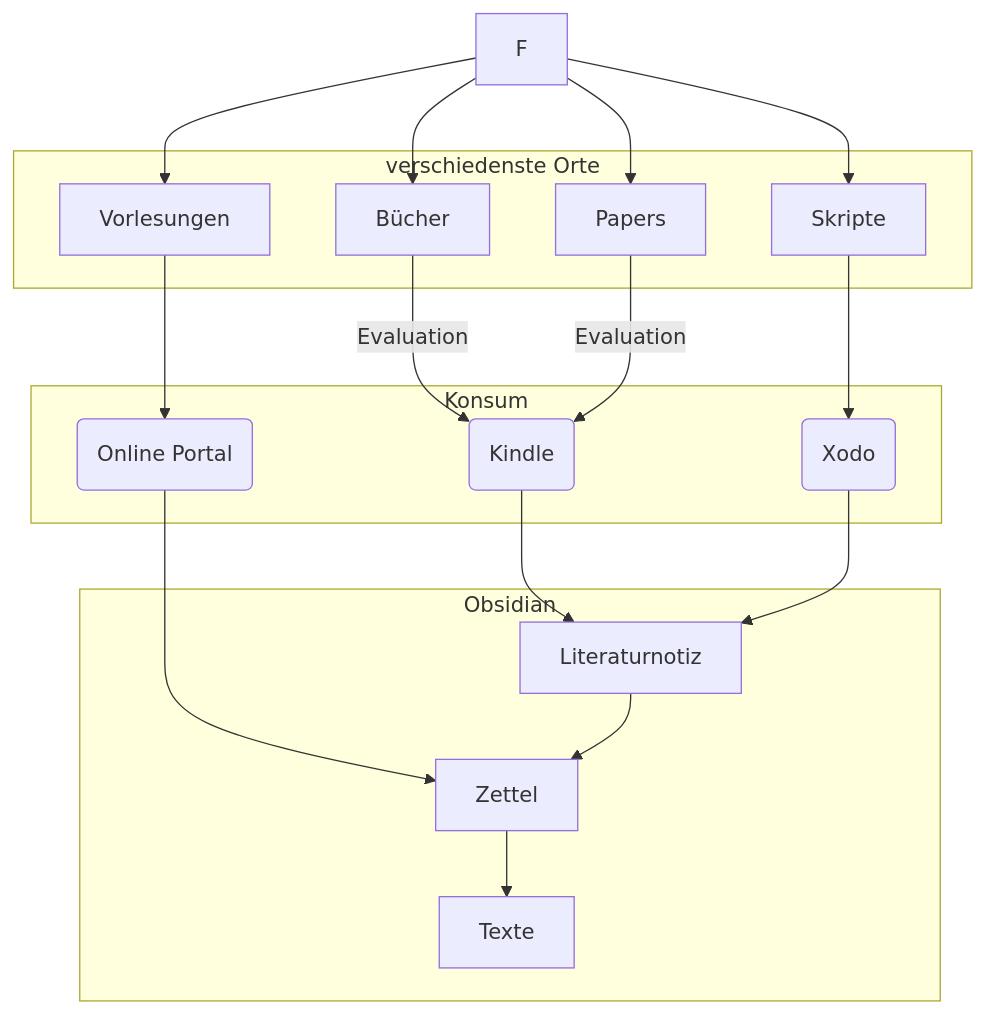
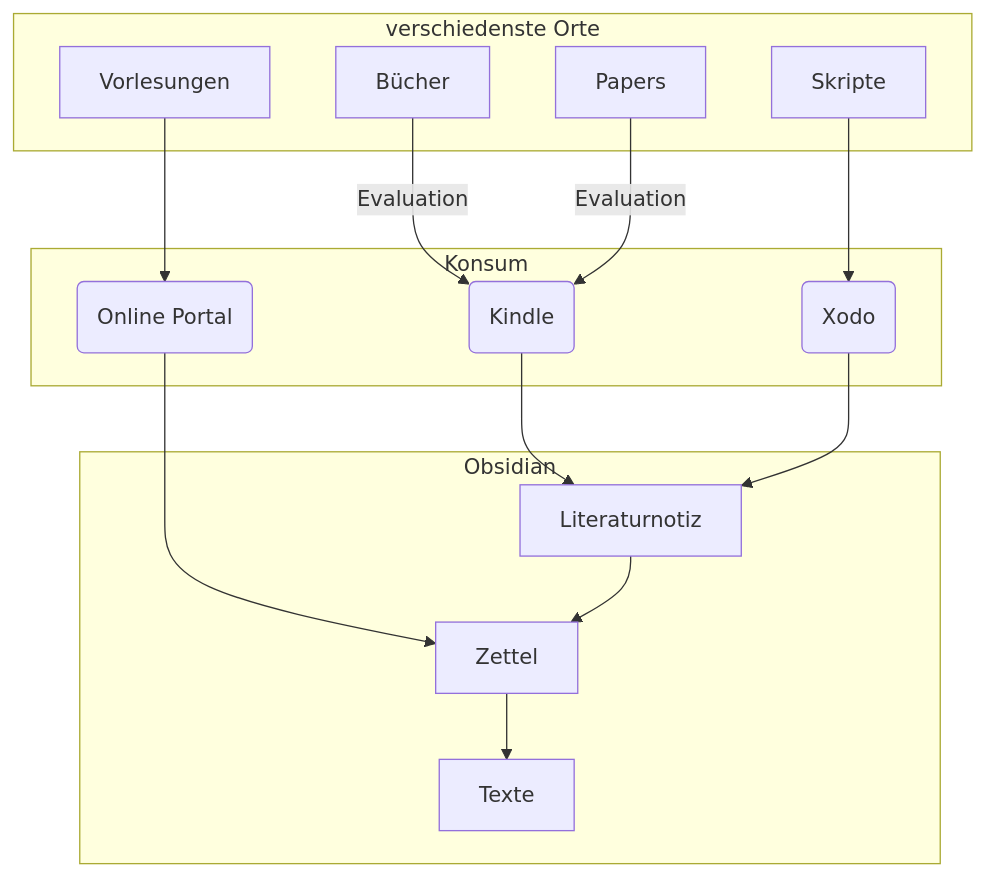
Before and after one commit to julianstoerig/zettelkasten: the diagram in System/Informationsverarbeitung.md, drawn with Mermaid. The commit also changed 1 other file, not shown here.

Commit message:
automatic version-control: 2021-01-11 23:47:54

````diff
--- a/System/Informationsverarbeitung.md
+++ b/System/Informationsverarbeitung.md
@@ -1,44 +1,42 @@
 ```mermaid
 flowchart TB;
 
 B[Bücher]
 S[Skripte]
 V[Vorlesungen]
 P[Papers]
 
 K(Kindle)
 X(Xodo)
 OP(Online Portal)
 
 L[Literaturnotiz]
 Z[Zettel]
 T[Texte]
-
-F --> B & P & S & V
 
 subgraph verschiedenste Orte
 	B
 	P
 	S
 	V
 end
 
 B & P -->|Evaluation| K
 S --> X
 V --> OP
 
 subgraph Konsum
 	K
 	X
 	OP
 end
 
 K --> L
 X --> L
 OP --> Z
 
 subgraph Obsidian	
 	L --> Z
 	Z --> T
 end
 ```
````
